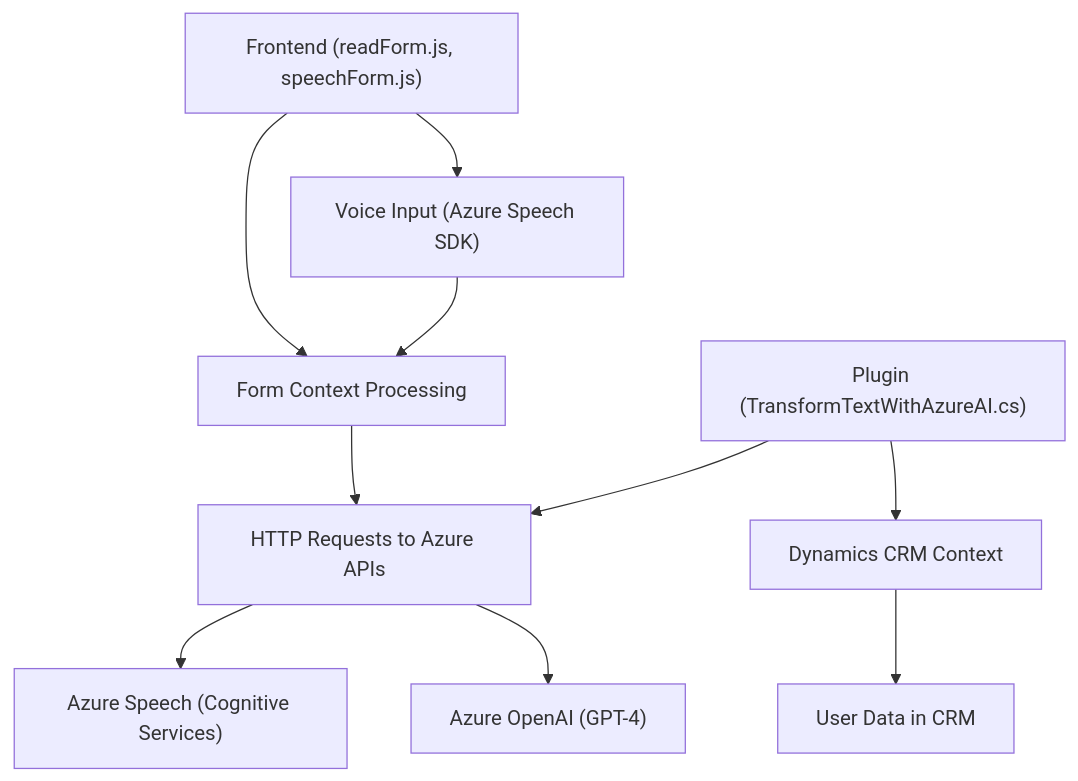
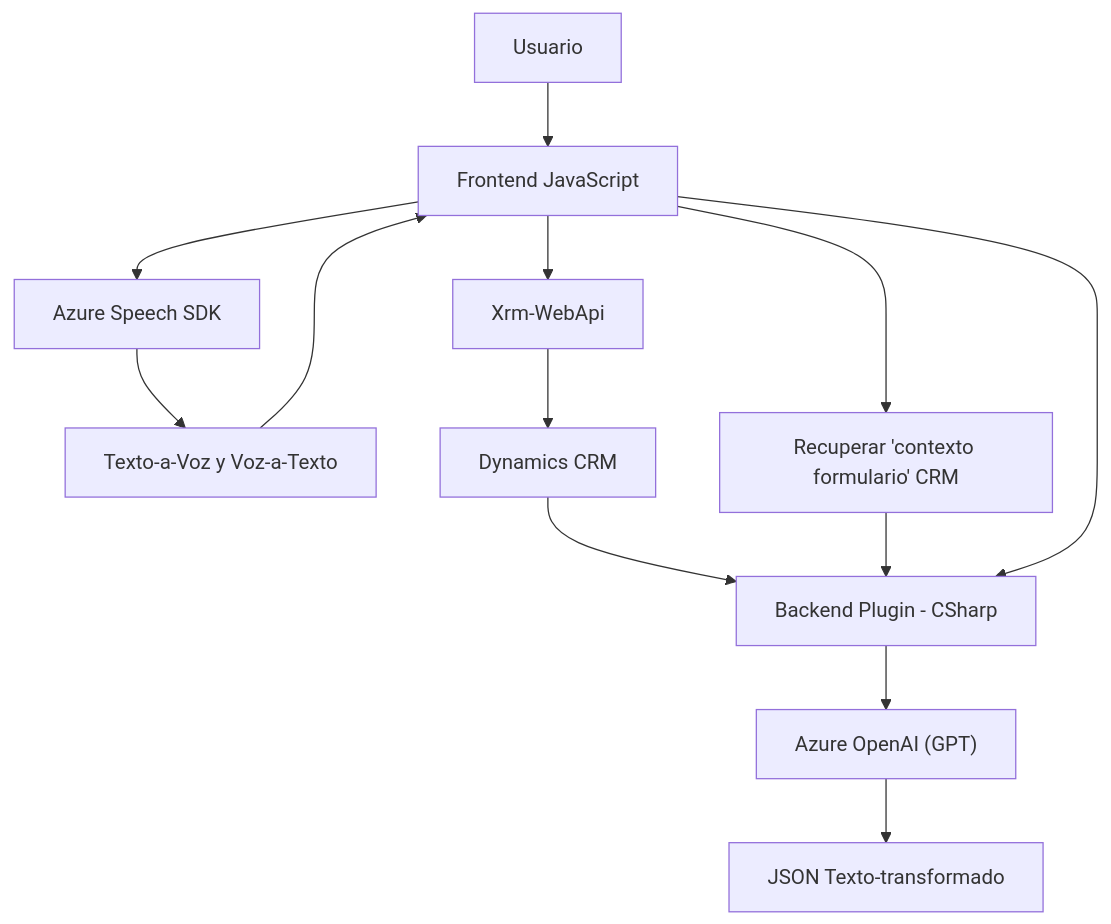
The diagram in README.md (blopezdm/NETCORE_BILBAO2025), drawn with Mermaid before and after one commit. The commit also changed other lines of this file, not shown here.

````diff
--- a/README.md
+++ b/README.md
@@ -31,13 +42,15 @@
 ```mermaid
 graph TD
-    A["Frontend (readForm.js, speechForm.js)"] --> B["Voice Input (Azure Speech SDK)"]
-    A --> C["Form Context Processing"]
-    B --> C
-    C --> D["HTTP Requests to Azure APIs"]
-    D --> E["Azure Speech (Cognitive Services)"]
-    D --> F["Azure OpenAI (GPT-4)"]
-
-    G["Plugin (TransformTextWithAzureAI.cs)"] --> H["Dynamics CRM Context"]
-    G --> D
-    H --> I["User Data in CRM"]
+    A["Usuario"] --> B["Frontend JavaScript"]
+    B --> C["Azure Speech SDK"]
+    C --> D["Texto-a-Voz y Voz-a-Texto"]
+    D --> B
+    B --> E["Recuperar 'contexto formulario' CRM"]
+    B --> F["Xrm-WebApi"]
+    F --> J["Dynamics CRM"]
+    G["Backend Plugin - CSharp"] --> H["Azure OpenAI (GPT)"]
+    H --> I["JSON Texto-transformado"]
+    J --> G
+    E --> G
+    B --> G
 ```
````
